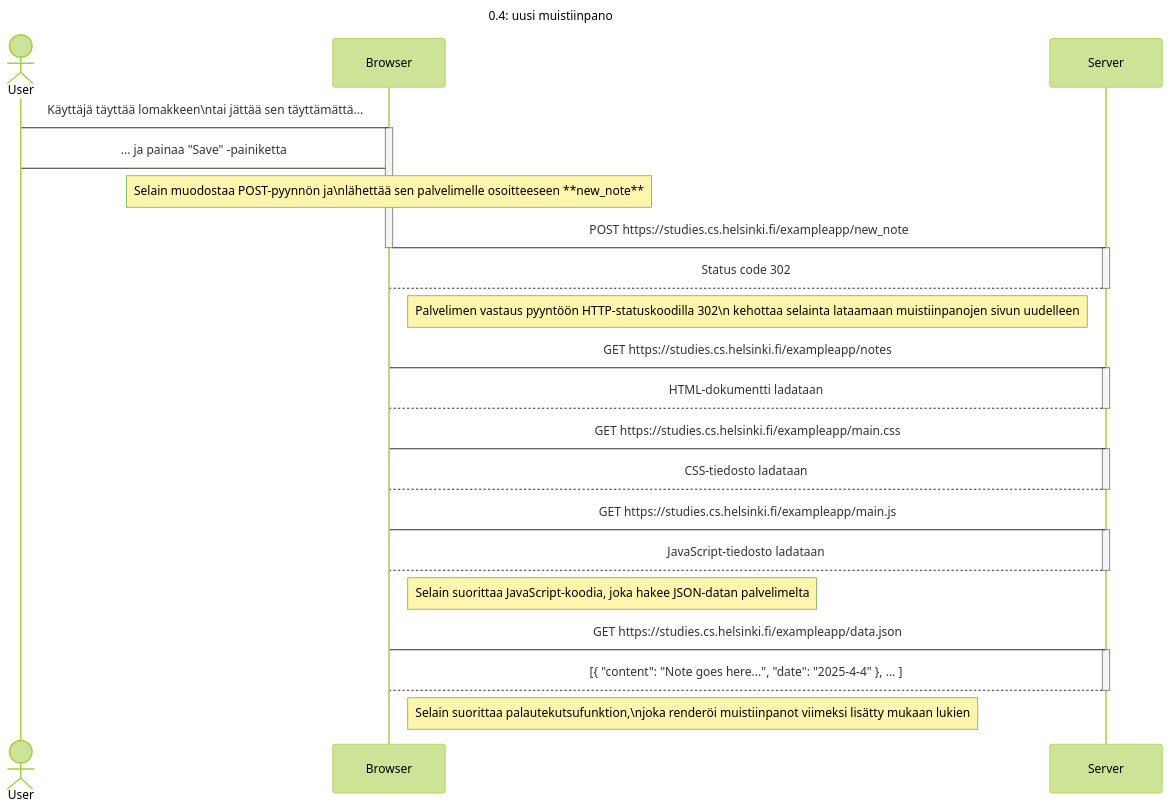
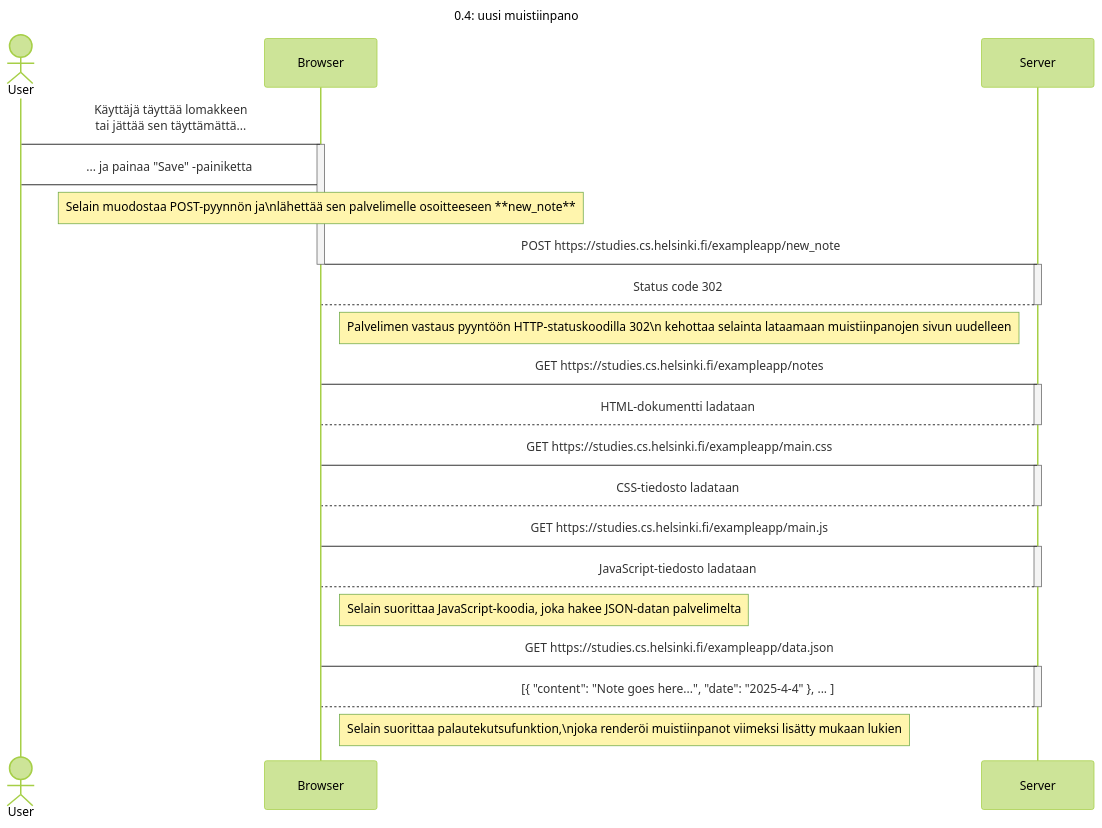
Before and after one commit to JuriHajainen/fullstackopen: the diagram in osa0/0.4__uusi_muistiinpano.md, drawn with Mermaid (forest theme).

````diff
--- a/osa0/0.4__uusi_muistiinpano.md
+++ b/osa0/0.4__uusi_muistiinpano.md
@@ -4,47 +4,47 @@
 ```mermaid
 
 sequenceDiagram
 
     title 0.4: uusi muistiinpano
 
     actor User
     participant Browser
     participant Server
 
-    User->Browser: Käyttäjä täyttää lomakkeen\ntai jättää sen täyttämättä...
+    User->Browser: Käyttäjä täyttää lomakkeen<br>tai jättää sen täyttämättä...
     activate Browser
     User->Browser: ... ja painaa "Save" -painiketta
     note over Browser: Selain muodostaa POST-pyynnön ja\nlähettää sen palvelimelle osoitteeseen **new_note**
     
     Browser->Server: POST https://studies.cs.helsinki.fi/exampleapp/new_note
     deactivate Browser
     activate Server
     Server-->Browser: Status code 302
     deactivate Server
     note right of Browser: Palvelimen vastaus pyyntöön HTTP-statuskoodilla 302\n kehottaa selainta lataamaan muistiinpanojen sivun uudelleen
     
     Browser->Server: GET https://studies.cs.helsinki.fi/exampleapp/notes
     activate Server
     Server-->Browser: HTML-dokumentti ladataan
     deactivate Server
     
     Browser->Server: GET https://studies.cs.helsinki.fi/exampleapp/main.css
     activate Server
     Server-->Browser: CSS-tiedosto ladataan
     deactivate Server
     
     Browser->Server: GET https://studies.cs.helsinki.fi/exampleapp/main.js
     activate Server
     Server-->Browser: JavaScript-tiedosto ladataan
     deactivate Server
     
     note right of Browser: Selain suorittaa JavaScript-koodia, joka hakee JSON-datan palvelimelta
     
     Browser->Server: GET https://studies.cs.helsinki.fi/exampleapp/data.json
     activate Server
     Server-->Browser: [{ "content": "Note goes here...", "date": "2025-4-4" }, ... ]
     deactivate Server
 
     note right of Browser: Selain suorittaa palautekutsufunktion,\njoka renderöi muistiinpanot viimeksi lisätty mukaan lukien
 
 ```
````
